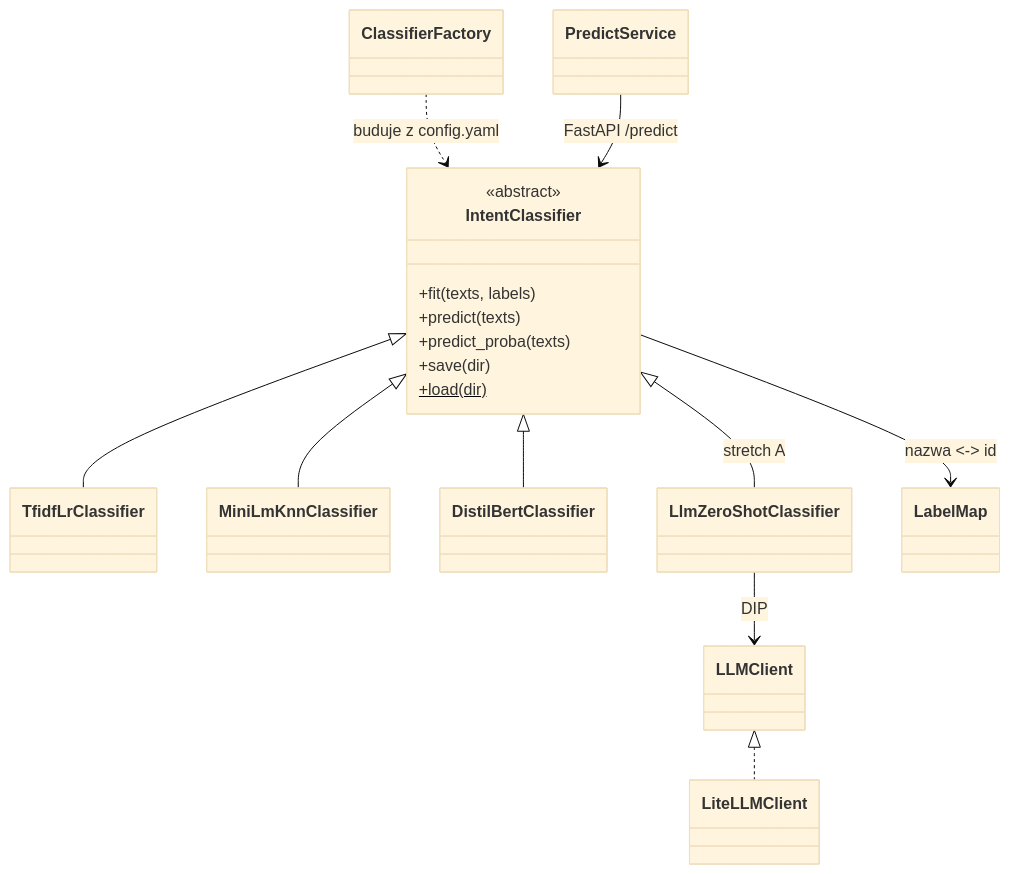
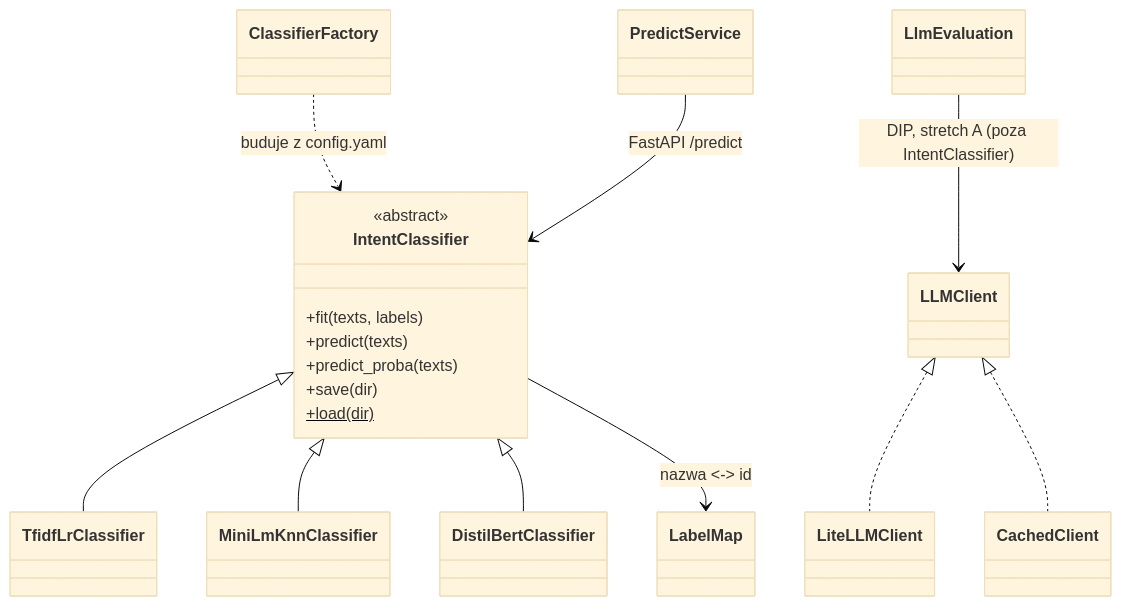
The diagram in README.md (MarcinPrDev/banking77-intent-ml), drawn with Mermaid (base theme) before and after one commit. The commit also changed other lines of this file and 9 other files, not shown here.

First line of the commit message:
W4 stretch 2 infra: LLM zero-shot - klient, cache, ocena walidacji i testu 385 (decyzje autora 18.10)

````diff
--- a/README.md
+++ b/README.md
@@ -136,20 +139,20 @@
 ```mermaid
 classDiagram
     class IntentClassifier {
         <<abstract>>
         +fit(texts, labels)
         +predict(texts)
         +predict_proba(texts)
         +save(dir)
         +load(dir)$
     }
     IntentClassifier <|-- TfidfLrClassifier
     IntentClassifier <|-- MiniLmKnnClassifier
     IntentClassifier <|-- DistilBertClassifier
-    IntentClassifier <|-- LlmZeroShotClassifier : stretch A
     ClassifierFactory ..> IntentClassifier : buduje z config.yaml
     IntentClassifier --> LabelMap : nazwa <-> id
-    LlmZeroShotClassifier --> LLMClient : DIP
+    PredictService --> IntentClassifier : FastAPI /predict
+    LlmEvaluation --> LLMClient : DIP, stretch A (poza IntentClassifier)
     LLMClient <|.. LiteLLMClient
-    PredictService --> IntentClassifier : FastAPI /predict
+    LLMClient <|.. CachedClient
 ```
````
